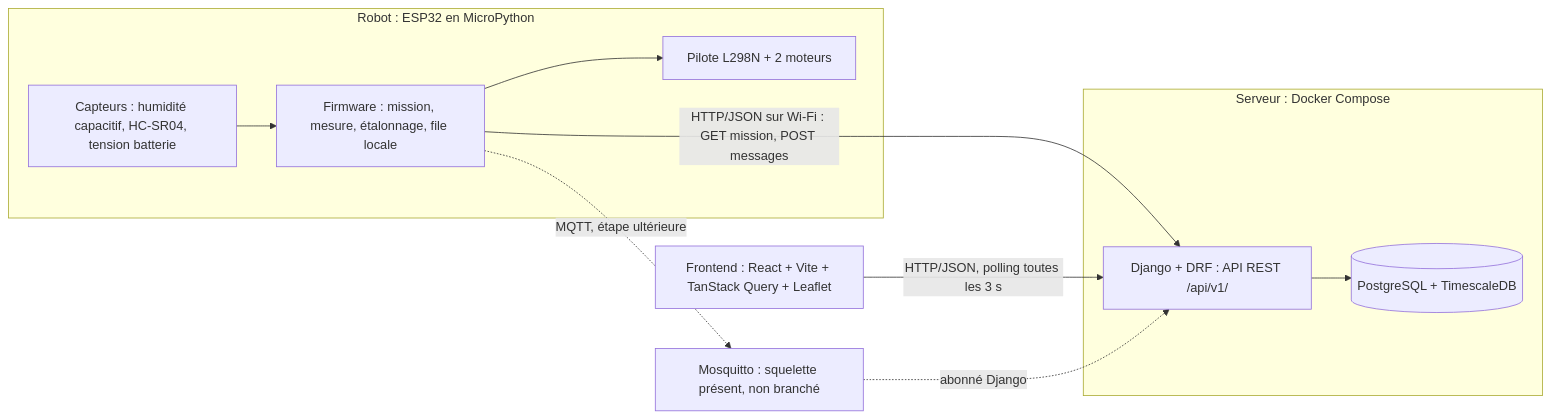
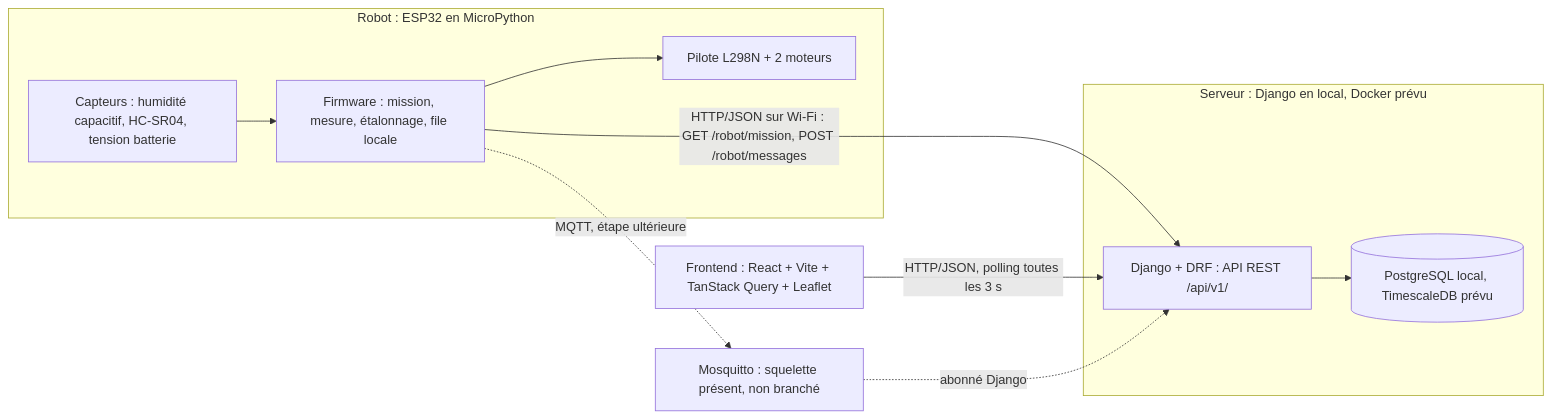
One commit to jijidiya/atlantis-roboAgri changed the first of 2 diagrams in docs/conception/architecture.md. Above: the diagram before and after it, drawn with Mermaid. The commit also changed other lines of this file, not shown here.

Commit message:
docs : actualise architecture.md

````diff
--- a/docs/conception/architecture.md
+++ b/docs/conception/architecture.md
@@ -30,25 +34,25 @@
 ```mermaid
 flowchart LR
   subgraph ROBOT["Robot : ESP32 en MicroPython"]
     CAP["Capteurs : humidité capacitif, HC-SR04, tension batterie"]
     FW["Firmware : mission, mesure, étalonnage, file locale"]
     MOT["Pilote L298N + 2 moteurs"]
     CAP --> FW
     FW --> MOT
   end
 
-  subgraph SERVEUR["Serveur : Docker Compose"]
+  subgraph SERVEUR["Serveur : Django en local, Docker prévu"]
     API["Django + DRF : API REST /api/v1/"]
-    BD[("PostgreSQL + TimescaleDB")]
+    BD[("PostgreSQL local, TimescaleDB prévu")]
     API --> BD
   end
 
   FRONT["Frontend : React + Vite + TanStack Query + Leaflet"]
 
-  FW -- "HTTP/JSON sur Wi-Fi : GET mission, POST messages" --> API
+  FW -- "HTTP/JSON sur Wi-Fi : GET /robot/mission, POST /robot/messages" --> API
   FRONT -- "HTTP/JSON, polling toutes les 3 s" --> API
 
   MQTT["Mosquitto : squelette présent, non branché"]
   FW -. "MQTT, étape ultérieure" .-> MQTT
   MQTT -. "abonné Django" .-> API
 ```
````
